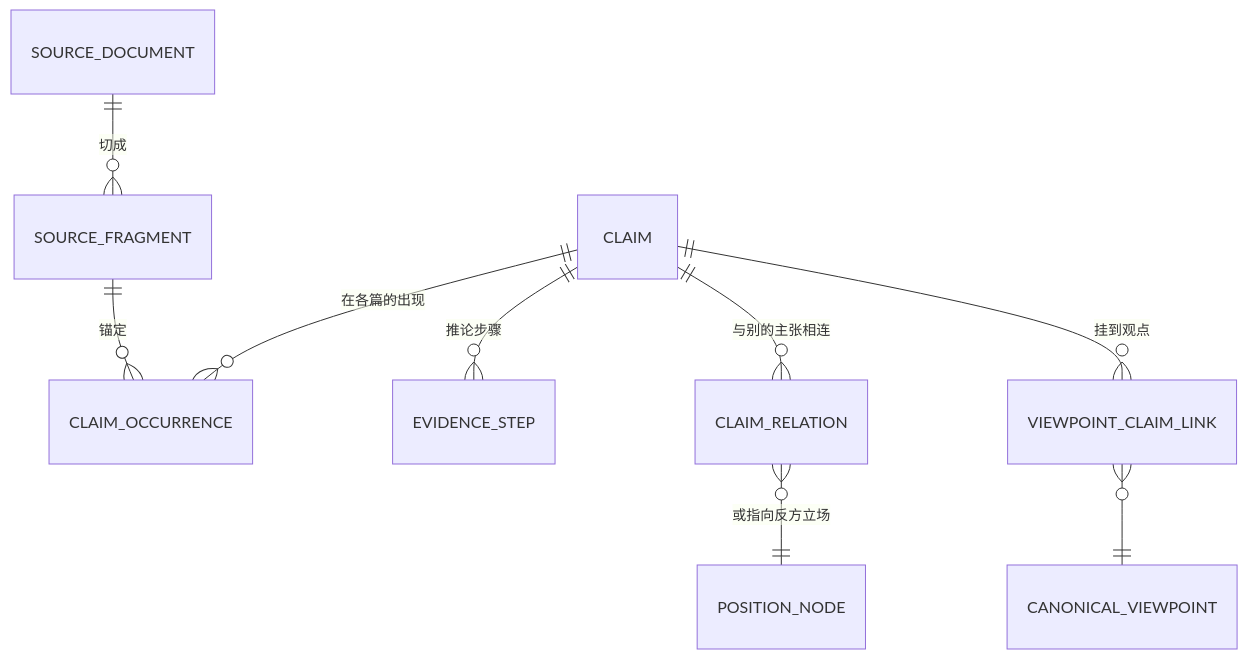
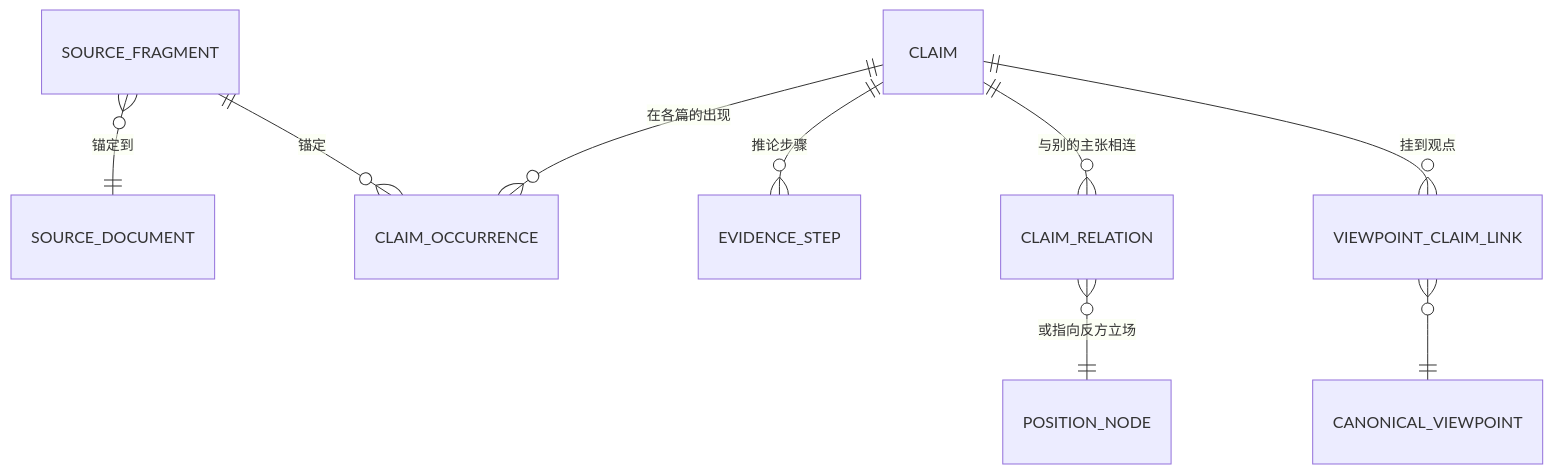
One commit to junyang168/smart-answer changed the first of 2 diagrams in docs/wang-knowledge-platform/20-knowledge/claim_design.md. Above: the diagram before and after it, drawn with Mermaid. The commit also changed other lines of this file and 1 other file, not shown here.

First line of the commit message:
docs: a source document is one whole document, not a partition

````diff
--- a/docs/wang-knowledge-platform/20-knowledge/claim_design.md
+++ b/docs/wang-knowledge-platform/20-knowledge/claim_design.md
@@ -46,11 +46,11 @@
 ```mermaid
 erDiagram
-    SOURCE_DOCUMENT ||--o{ SOURCE_FRAGMENT : "切成"
+    SOURCE_FRAGMENT }o--|| SOURCE_DOCUMENT : "锚定到"
     SOURCE_FRAGMENT ||--o{ CLAIM_OCCURRENCE : "锚定"
     CLAIM ||--o{ CLAIM_OCCURRENCE : "在各篇的出现"
     CLAIM ||--o{ EVIDENCE_STEP : "推论步骤"
     CLAIM ||--o{ CLAIM_RELATION : "与别的主张相连"
     CLAIM_RELATION }o--|| POSITION_NODE : "或指向反方立场"
     CLAIM ||--o{ VIEWPOINT_CLAIM_LINK : "挂到观点"
     VIEWPOINT_CLAIM_LINK }o--|| CANONICAL_VIEWPOINT : ""
 ```
````
